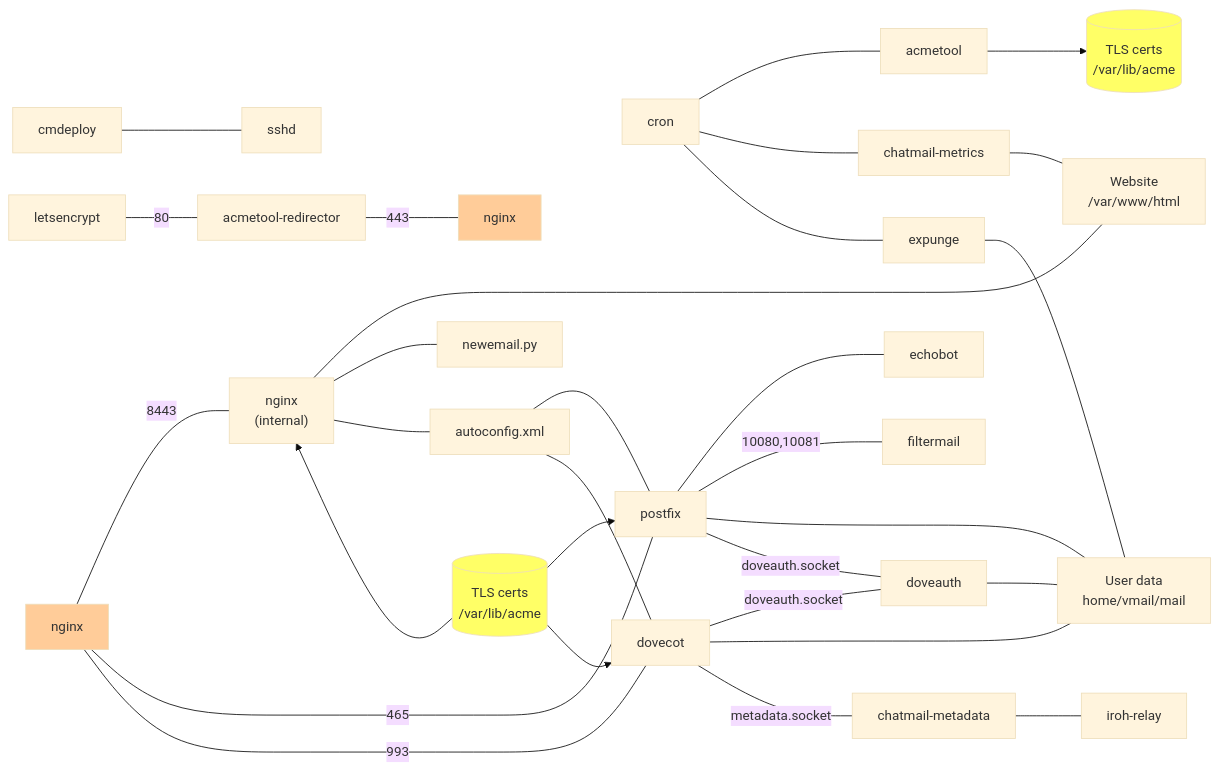
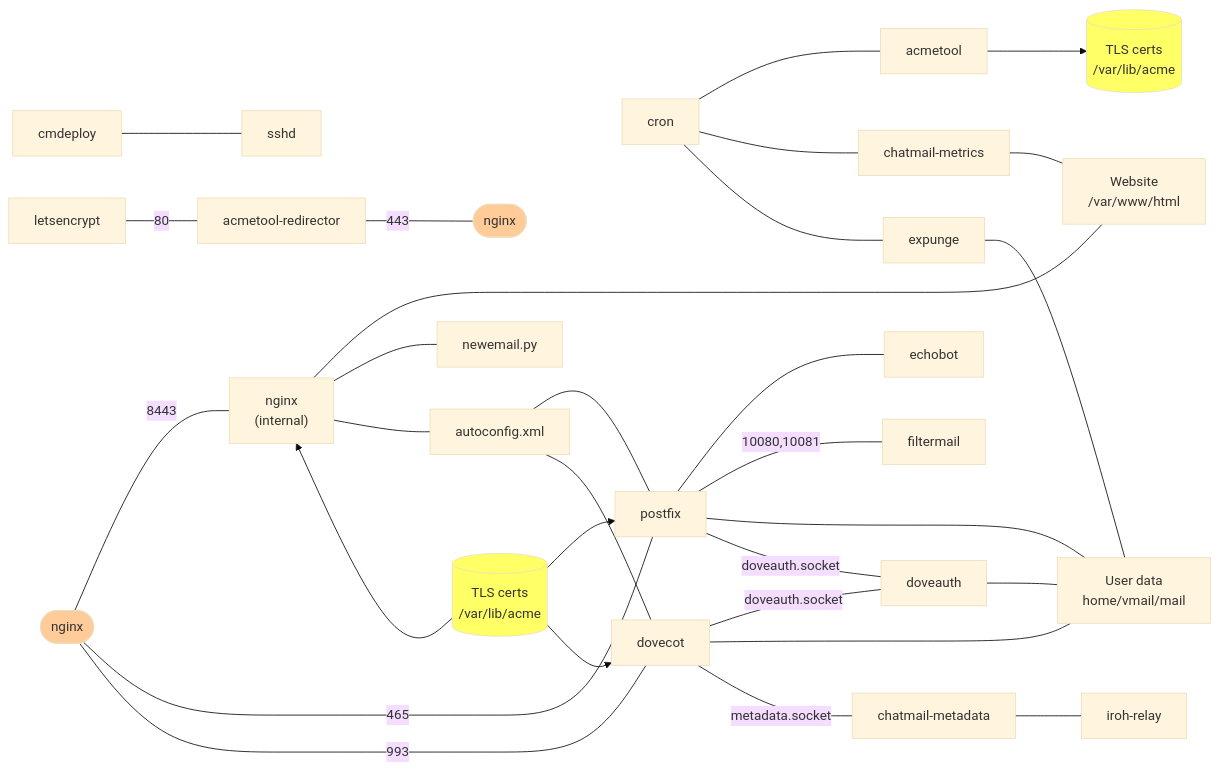
The diagram in ARCHITECTURE.md (cliffmccarthy/chatmail-relay), drawn with Mermaid (base theme) before and after one commit.

Commit message:
round nginx

````diff
--- a/ARCHITECTURE.md
+++ b/ARCHITECTURE.md
@@ -4,41 +4,41 @@
 ```mermaid
 graph LR;
     cmdeploy --- sshd;
     letsencrypt --- |80|acmetool-redirector;
-    acmetool-redirector --- |443|nginx-right[nginx];
-    nginx --- |8443|nginx-internal["`nginx
+    acmetool-redirector --- |443|nginx-right([nginx]);
+    nginx([nginx]) --- |8443|nginx-internal["`nginx
     (internal)`"];
     nginx-internal --- website["`Website
     /var/www/html`"];
     nginx-internal --- newemail.py;
     nginx-internal --- autoconfig.xml;
     nginx-internal ~~~ certs-nginx[("`TLS certs
     /var/lib/acme`")] --> nginx-internal;
     cron --- acmetool;
     cron --- chatmail-metrics;
     cron --- expunge;
     chatmail-metrics --- website;
     acmetool --> certs[("`TLS certs
     /var/lib/acme`")];
     nginx --- |465|postfix;
     nginx --- |993|dovecot;
     autoconfig.xml --- postfix;
     autoconfig.xml --- dovecot;
     postfix --- echobot;
     postfix --- |10080,10081|filtermail;
     postfix --- users["`User data
     home/vmail/mail`"];
     postfix --- |doveauth.socket|doveauth;
     dovecot --- |doveauth.socket|doveauth;
     dovecot --- users;
     dovecot --- |metadata.socket|chatmail-metadata;
     doveauth --- users;
     expunge --- users;
     chatmail-metadata --- iroh-relay;
     certs-nginx --> postfix;
     certs-nginx --> dovecot;
     style certs fill:#ff6;
     style certs-nginx fill:#ff6;
     style nginx fill:#fc9;
     style nginx-right fill:#fc9;
 ```
````
